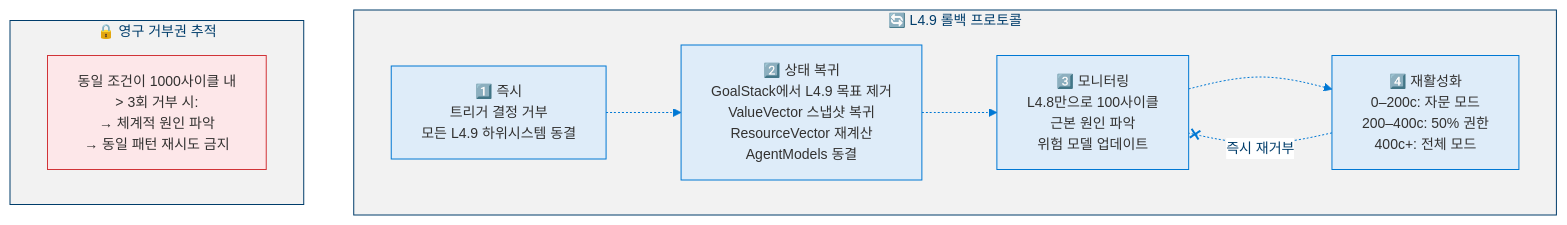
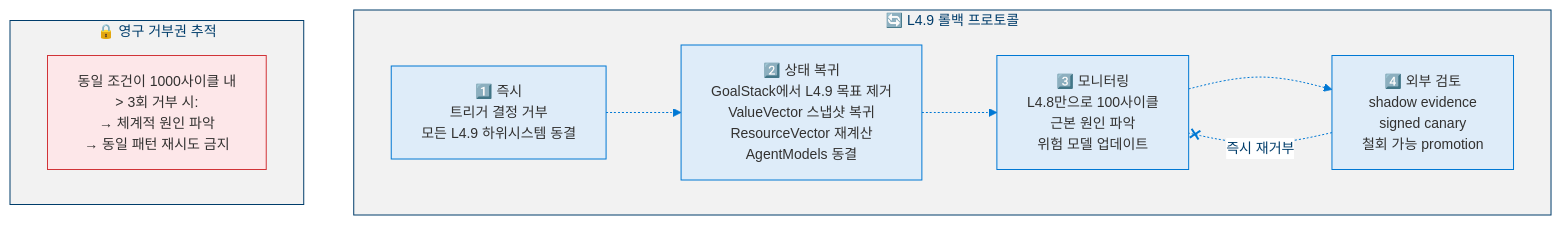
Diagram 16 of 19 in docs/levels/Level_4_9_Autonomous_Strategic_Agent.ko.md (dotnetpower/mscp), drawn with Mermaid before and after one commit. The commit also changed other lines of this file and 21 other files, not shown here.

````diff
--- a/docs/levels/Level_4_9_Autonomous_Strategic_Agent.ko.md
+++ b/docs/levels/Level_4_9_Autonomous_Strategic_Agent.ko.md
@@ -851,20 +876,20 @@
 ```mermaid
 %%{init: {'theme': 'base', 'themeVariables': {'primaryColor': '#0078D4', 'primaryTextColor': '#003D6B', 'primaryBorderColor': '#003D6B', 'secondaryColor': '#50E6FF', 'secondaryTextColor': '#323130', 'secondaryBorderColor': '#00BCF2', 'tertiaryColor': '#F2F2F2', 'tertiaryTextColor': '#323130', 'lineColor': '#0078D4', 'textColor': '#323130', 'mainBkg': '#DEECF9', 'nodeBorder': '#0078D4', 'clusterBkg': '#F2F2F2', 'clusterBorder': '#003D6B', 'titleColor': '#003D6B', 'edgeLabelBackground': '#FFFFFF', 'fontSize': '14px'}}}%%
 flowchart TD
   classDef step fill:#DEECF9,stroke:#0078D4,color:#323130
   classDef danger fill:#FDE7E9,stroke:#D13438,color:#323130
 
   subgraph Rollback["🔄 L4.9 롤백 프로토콜"]
     IMM["1️⃣ 즉시<br/>트리거 결정 거부<br/>모든 L4.9 하위시스템 동결"]:::step
     REV["2️⃣ 상태 복귀<br/>GoalStack에서 L4.9 목표 제거<br/>ValueVector 스냅샷 복귀<br/>ResourceVector 재계산<br/>AgentModels 동결"]:::step
     MON["3️⃣ 모니터링<br/>L4.8만으로 100사이클<br/>근본 원인 파악<br/>위험 모델 업데이트"]:::step
-    REENABLE["4️⃣ 재활성화<br/>0–200c: 자문 모드<br/>200–400c: 50% 권한<br/>400c+: 전체 모드"]:::step
+    REENABLE["4️⃣ 외부 검토<br/>shadow evidence<br/>signed canary<br/>철회 가능 promotion"]:::step
 
     IMM -.-> REV -.-> MON -.-> REENABLE
     REENABLE -.-x|"즉시 재거부"| MON
   end
 
   subgraph Persistent["🔒 영구 거부권 추적"]
     PV["동일 조건이 1000사이클 내<br/>> 3회 거부 시:<br/>→ 체계적 원인 파악<br/>→ 동일 패턴 재시도 금지"]:::danger
   end
 ```
````
